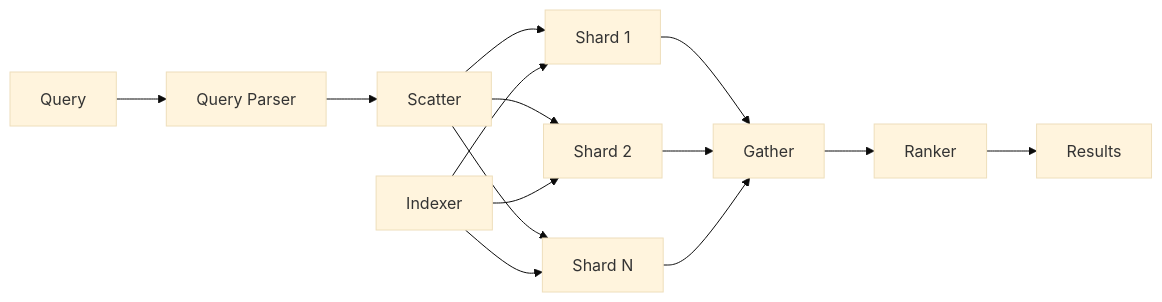
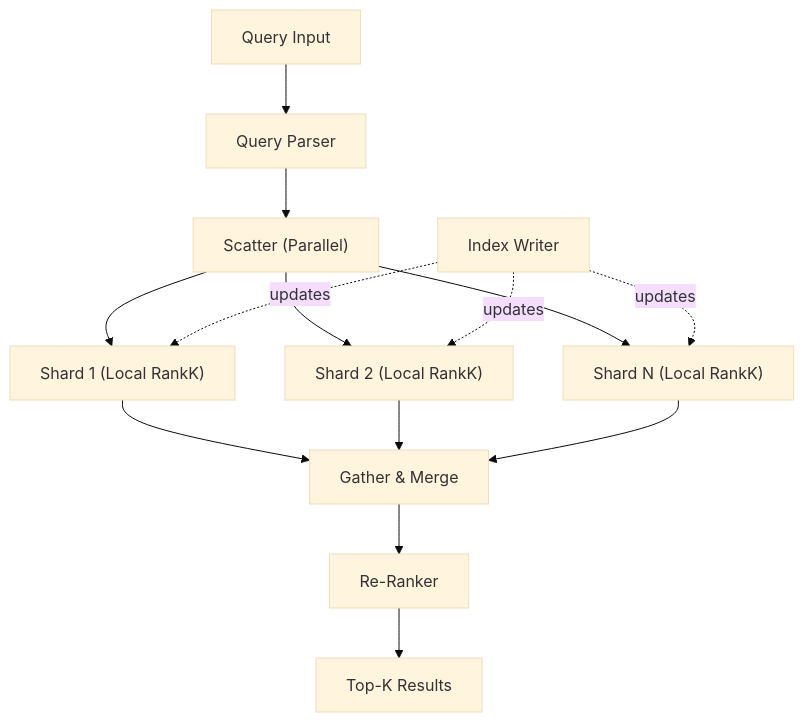
The diagram in site/content/designs/search-retrieval.md (huangsam/systology), drawn with Mermaid (base theme) before and after one commit. The commit also changed 2 other files, not shown here.

Commit message:
Adjust some mermaid diagrams to TD

```diff
--- a/site/content/designs/search-retrieval.md
+++ b/site/content/designs/search-retrieval.md
@@ -22,16 +22,16 @@
 {{< mermaid >}}
-graph LR
-  Query --> QP[Query Parser]
-  QP --> Scatter
-  Scatter --> Shard1[Shard 1]
-  Scatter --> Shard2[Shard 2]
-  Scatter --> ShardN[Shard N]
-  Shard1 --> Gather
+graph TD
+  Query["Query Input"] --> QP["Query Parser"]
+  QP --> Scatter["Scatter (Parallel)"]
+  Scatter --> Shard1["Shard 1 (Local RankK)"]
+  Scatter --> Shard2["Shard 2 (Local RankK)"]
+  Scatter --> ShardN["Shard N (Local RankK)"]
+  Shard1 --> Gather["Gather & Merge"]
   Shard2 --> Gather
   ShardN --> Gather
-  Gather --> Ranker
-  Ranker --> Results
-  Indexer --> Shard1
-  Indexer --> Shard2
-  Indexer --> ShardN
+  Gather --> Ranker["Re-Ranker"]
+  Ranker --> Results["Top-K Results"]
+  Indexer["Index Writer"] -.->|updates| Shard1
+  Indexer -.->|updates| Shard2
+  Indexer -.->|updates| ShardN
 {{< /mermaid >}}
```
